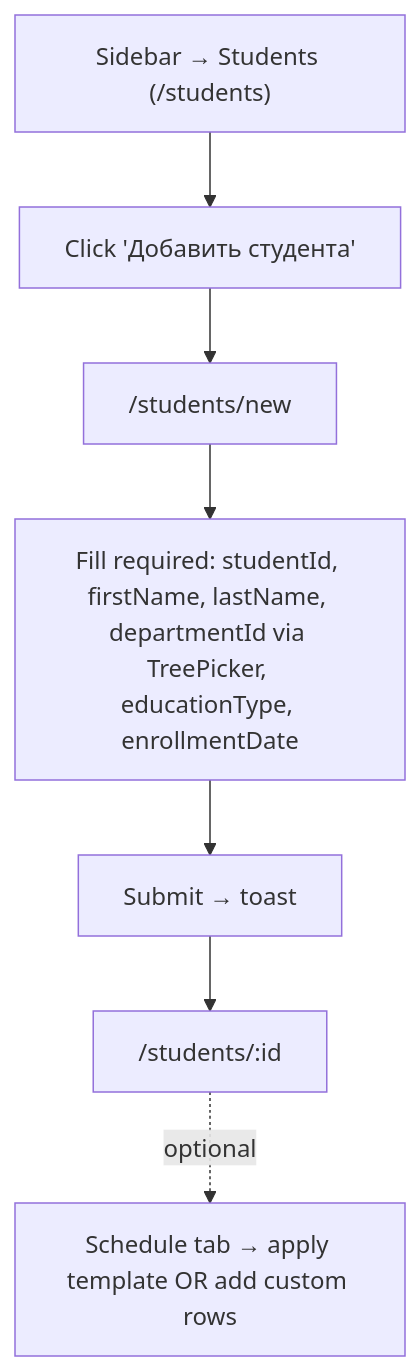
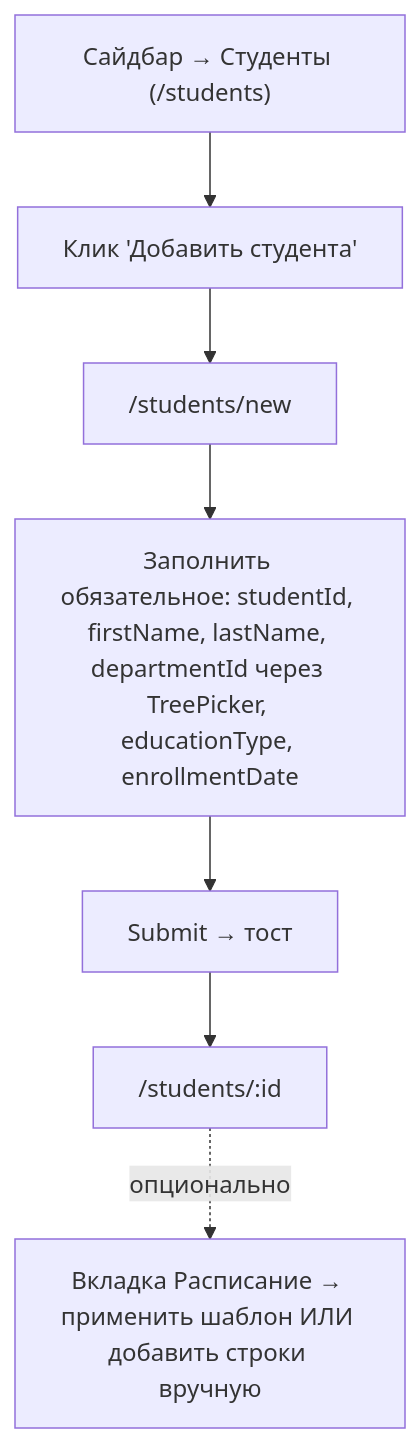
Before and after one commit to SardorAllaberganov/unipay-dashboard: diagram 13 of 19 in docs/USER_FLOWS_BY_ROLE.md, drawn with Mermaid. The commit also changed other lines of this file and 1 other file, not shown here.

First line of the commit message:
docs: translate IA + role-flow docs to Russian

````diff
--- a/docs/USER_FLOWS_BY_ROLE.md
+++ b/docs/USER_FLOWS_BY_ROLE.md
@@ -478,9 +478,9 @@
 ```mermaid
 flowchart TD
-  A["Sidebar → Students (/students)"] --> B["Click 'Добавить студента'"]
+  A["Сайдбар → Студенты (/students)"] --> B["Клик 'Добавить студента'"]
   B --> C["/students/new"]
-  C --> D["Fill required: studentId, firstName, lastName, departmentId via TreePicker, educationType, enrollmentDate"]
-  D --> E["Submit → toast"]
+  C --> D["Заполнить обязательное: studentId, firstName, lastName, departmentId через TreePicker, educationType, enrollmentDate"]
+  D --> E["Submit → тост"]
   E --> F["/students/:id"]
-  F -.optional.-> G["Schedule tab → apply template OR add custom rows"]
+  F -.опционально.-> G["Вкладка Расписание → применить шаблон ИЛИ добавить строки вручную"]
 ```
````
